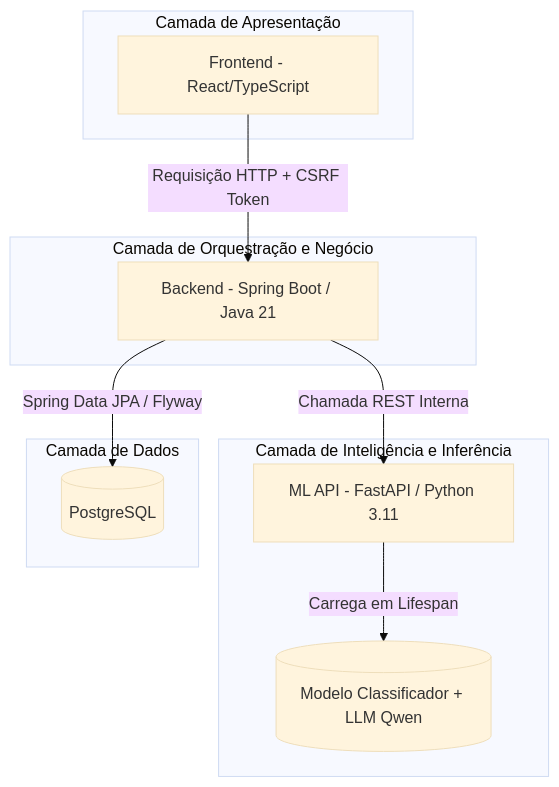
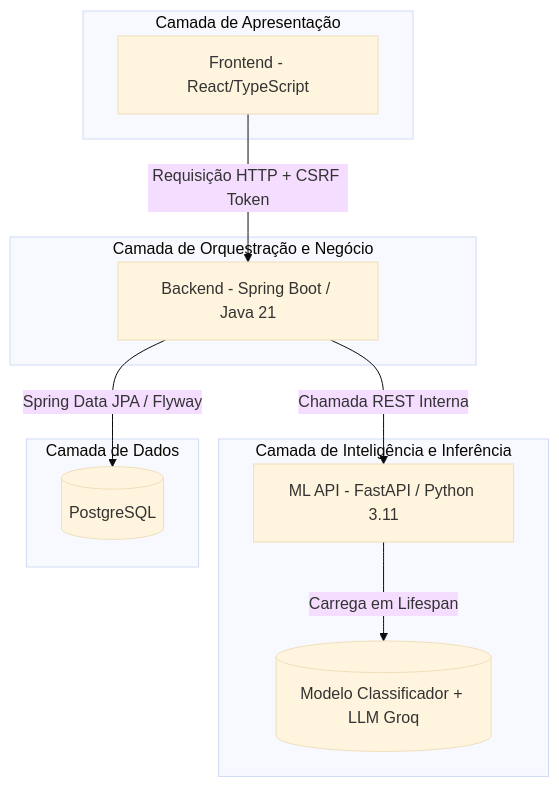
Before and after one commit to DessimA/gambia: the diagram in README.md, drawn with Mermaid (base theme). The commit also changed other lines of this file and 6 other files, not shown here.

First line of the commit message:
refactor: replace local Qwen LLM with Groq API

````diff
--- a/README.md
+++ b/README.md
@@ -53,24 +53,24 @@
 ```mermaid
 flowchart TD
     subgraph Cliente [Camada de Apresentação]
         A[Frontend - React/TypeScript]
     end
 
     subgraph Portal [Camada de Orquestração e Negócio]
         B[Backend - Spring Boot / Java 21]
     end
 
     subgraph IA [Camada de Inteligência e Inferência]
         C[ML API - FastAPI / Python 3.11]
-        D[(Modelo Classificador + LLM Qwen)]
+        D[(Modelo Classificador + LLM Groq)]
     end
 
     subgraph Persistencia [Camada de Dados]
         E[(PostgreSQL)]
     end
 
     A -- Requisição HTTP + CSRF Token --> B
     B -- Chamada REST Interna --> C
     C -- Carrega em Lifespan --> D
     B -- Spring Data JPA / Flyway --> E
 ```
````
